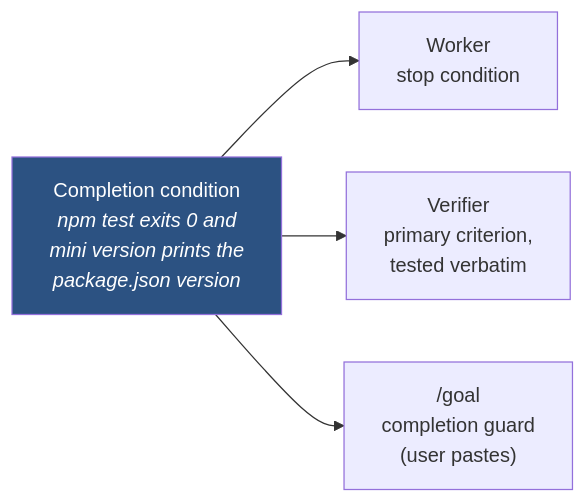
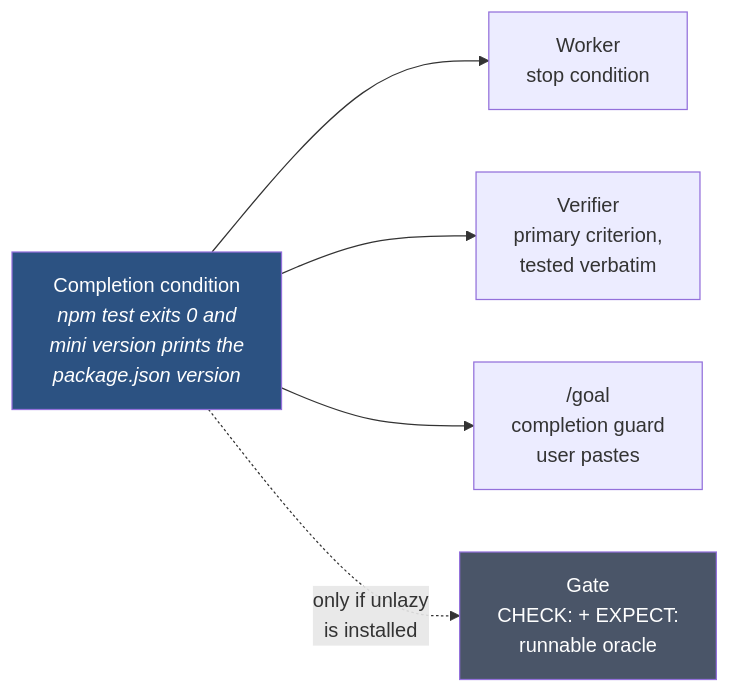
Before and after one commit to wojciech-arch/legate: the fifth of 6 diagrams in README.md, drawn with Mermaid. The commit also changed other lines of this file, not shown here.

First line of the commit message:
docs(readme): diagrams and sections for split and verification tiers

````diff
--- a/README.md
+++ b/README.md
@@ -171,9 +279,11 @@
 ```mermaid
 flowchart LR
     CC["Completion condition<br/><i>npm test exits 0 and<br/>mini version prints the<br/>package.json version</i>"]
     CC --> W["Worker<br/>stop condition"]
     CC --> V["Verifier<br/>primary criterion,<br/>tested verbatim"]
-    CC --> G["/goal<br/>completion guard<br/>(user pastes)"]
+    CC --> G["/goal<br/>completion guard<br/>user pastes"]
+    CC -.->|"only if unlazy<br/>is installed"| GT["Gate<br/>CHECK: + EXPECT:<br/>runnable oracle"]
 
     style CC fill:#2c5282,color:#fff
+    style GT fill:#4a5568,color:#fff
 ```
````
